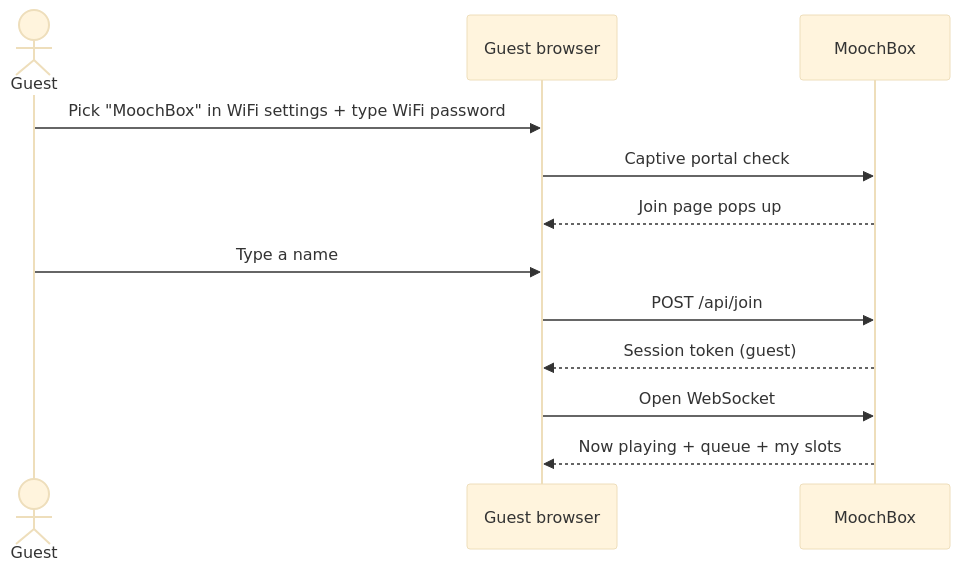
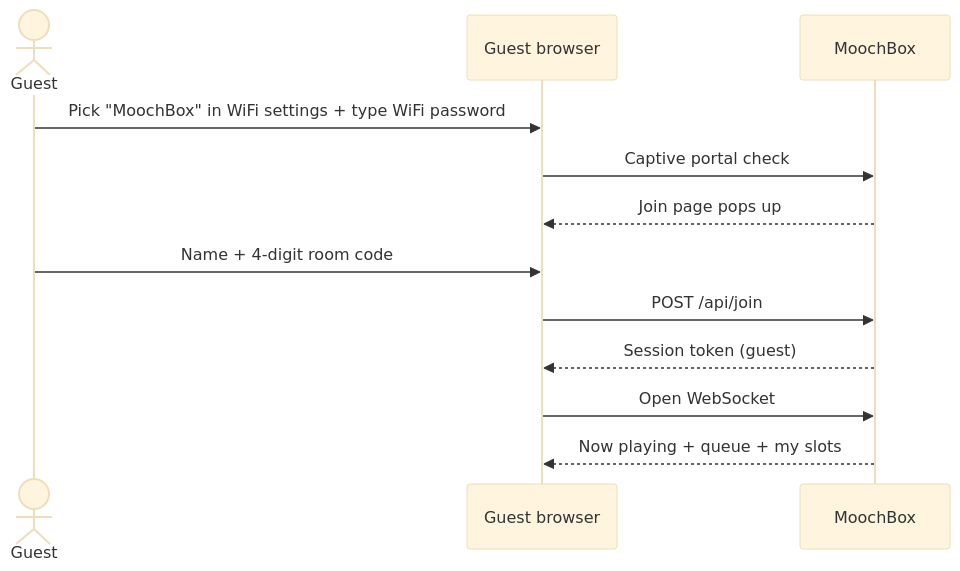
Before and after one commit to arshiyasharma/MoochBox: the third of 5 diagrams in plan.md, drawn with Mermaid (base theme). The commit also changed other lines of this file and 1 other file, not shown here.

First line of the commit message:
Bring back the room code: auto 4 digits, owner-only

````diff
--- a/plan.md
+++ b/plan.md
@@ -230,15 +245,15 @@
 ```mermaid
 sequenceDiagram
     actor Guest
     participant Phone as Guest browser
     participant ESP as MoochBox
 
     Guest->>Phone: Pick "MoochBox" in WiFi settings + type WiFi password
     Phone->>ESP: Captive portal check
     ESP-->>Phone: Join page pops up
-    Guest->>Phone: Type a name
+    Guest->>Phone: Name + 4-digit room code
     Phone->>ESP: POST /api/join
     ESP-->>Phone: Session token (guest)
     Phone->>ESP: Open WebSocket
     ESP-->>Phone: Now playing + queue + my slots
 ```
````
